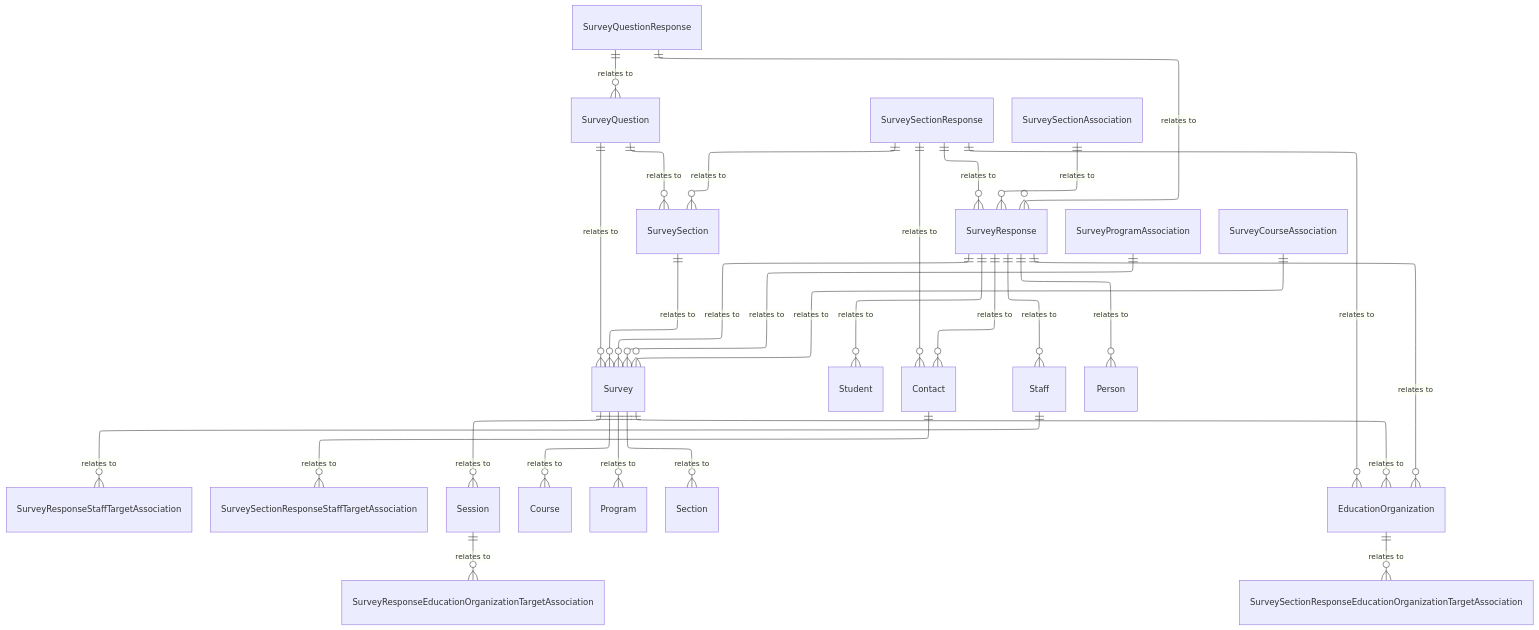
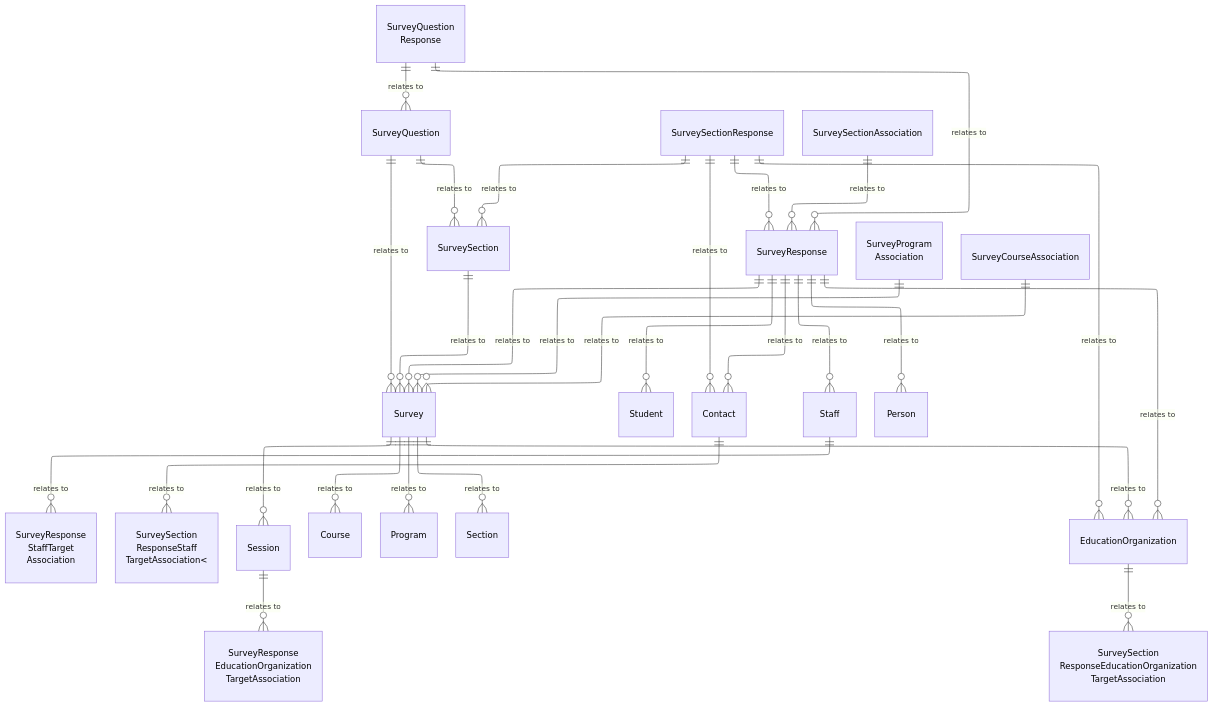
One commit to Ed-Fi-Alliance-OSS/ed-fi-alliance-oss.github.io changed the diagram in dataStandard_versioned_docs/version-6/model-reference/survey-domain/model-diagrams.md. Above: the diagram before and after it, drawn with Mermaid. The commit also changed 24 other files, not shown here.

````diff
--- a/dataStandard_versioned_docs/version-6/model-reference/survey-domain/model-diagrams.md
+++ b/dataStandard_versioned_docs/version-6/model-reference/survey-domain/model-diagrams.md
@@ -14,10 +14,8 @@
 ```mermaid
 ---
-
 config:
   layout: elk
 ---
-
 erDiagram
     Survey {
     }
@@ -29,21 +27,21 @@
     }
     SurveySectionResponse {
     }
-    SurveyQuestionResponse {
+    SurveyQuestionResponse["SurveyQuestion<br/>Response"] {
     }
-    SurveyProgramAssociation {
+    SurveyProgramAssociation["SurveyProgram<br/>Association"] {
     }
     SurveyCourseAssociation {
     }
     SurveySectionAssociation {
     }
-    SurveyResponseEducationOrganizationTargetAssociation {
+    SurveyResponseEducationOrganizationTargetAssociation["SurveyResponse<br/>EducationOrganization<br/>TargetAssociation"] {
     }
-    SurveyResponseStaffTargetAssociation {
+    SurveyResponseStaffTargetAssociation["SurveyResponse<br/>StaffTarget<br/>Association"] {
     }
-    SurveySectionResponseEducationOrganizationTargetAssociation {
+    SurveySectionResponseEducationOrganizationTargetAssociation["SurveySection<br/>ResponseEducationOrganization<br/>TargetAssociation"] {
     }
-    SurveySectionResponseStaffTargetAssociation {
+    SurveySectionResponseStaffTargetAssociation["SurveySection<br/>ResponseStaff<br/>TargetAssociation<"] {
     }
     Session {
     }
@@ -90,4 +88,26 @@
     Staff ||--o{ SurveyResponseStaffTargetAssociation : "relates to"
     EducationOrganization ||--o{ SurveySectionResponseEducationOrganizationTargetAssociation : "relates to"
     Contact ||--o{ SurveySectionResponseStaffTargetAssociation : "relates to"
+    style Survey color:#000000
+    style SurveySection color:#000000
+    style SurveyQuestion color:#000000
+    style SurveyResponse color:#000000
+    style SurveySectionResponse color:#000000
+    style SurveyQuestionResponse color:#000000
+    style SurveyProgramAssociation color:#000000
+    style SurveyCourseAssociation color:#000000
+    style SurveySectionAssociation color:#000000
+    style SurveyResponseEducationOrganizationTargetAssociation color:#000000
+    style SurveyResponseStaffTargetAssociation color:#000000
+    style SurveySectionResponseEducationOrganizationTargetAssociation color:#000000
+    style SurveySectionResponseStaffTargetAssociation color:#000000
+    style Session color:#000000
+    style Course color:#000000
+    style Program color:#000000
+    style Section color:#000000
+    style Student color:#000000
+    style Contact color:#000000
+    style Staff color:#000000
+    style Person color:#000000
+    style EducationOrganization color:#000000
 ```
````
